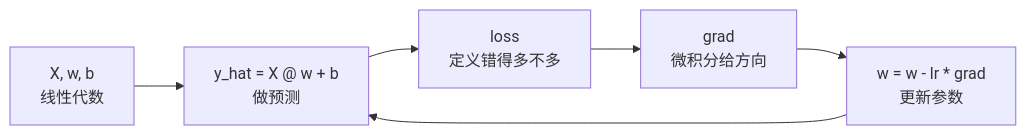
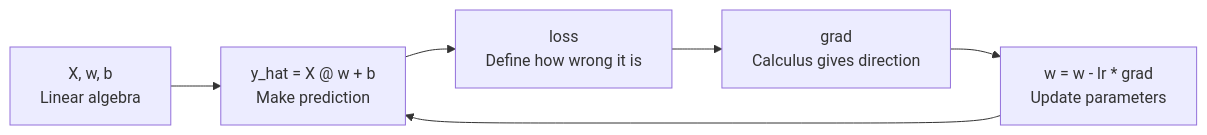
One commit to oudbiao/AI-fullstack-course changed the second of 2 diagrams in docs/ch05-machine-learning/ch01-ml-basics/03-math-to-ml-bridge.md. Above: the diagram before and after it, drawn with Mermaid. The commit also changed other lines of this file and 1406 other files, not shown here.

````diff
--- a/docs/ch05-machine-learning/ch01-ml-basics/03-math-to-ml-bridge.md
+++ b/docs/ch05-machine-learning/ch01-ml-basics/03-math-to-ml-bridge.md
@@ -323,8 +323,8 @@
 ```mermaid
 flowchart LR
-    A["X, w, b<br/>线性代数"] --> B["y_hat = X @ w + b<br/>做预测"]
-    B --> C["loss<br/>定义错得多不多"]
-    C --> D["grad<br/>微积分给方向"]
-    D --> E["w = w - lr * grad<br/>更新参数"]
+    A["X, w, b<br/>Linear algebra"] --> B["y_hat = X @ w + b<br/>Make prediction"]
+    B --> C["loss<br/>Define how wrong it is"]
+    C --> D["grad<br/>Calculus gives direction"]
+    D --> E["w = w - lr * grad<br/>Update parameters"]
     E --> B
 ```
````
